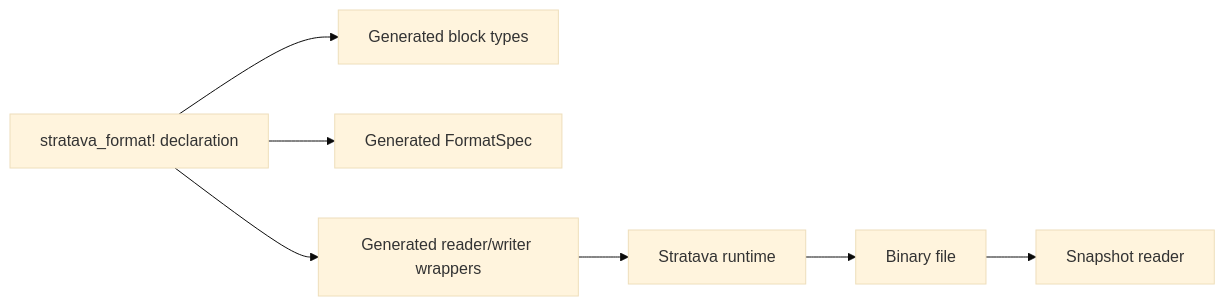
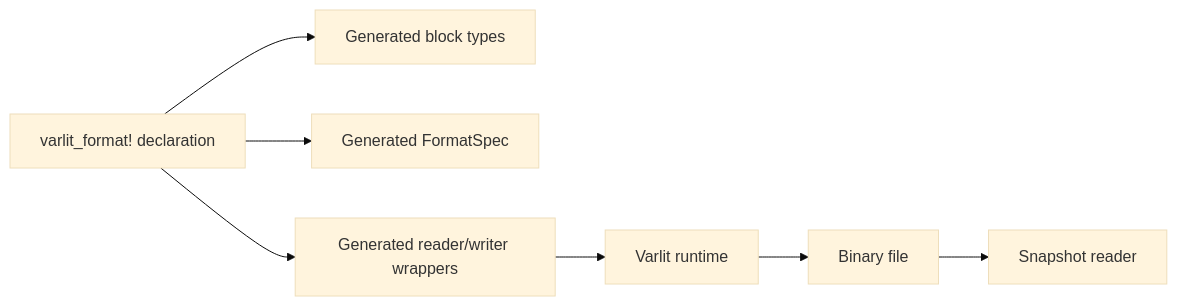
One commit to shim9610/varlit changed the first of 8 diagrams in docs/how-it-works.md. Above: the diagram before and after it, drawn with Mermaid (base theme). The commit also changed other lines of this file and 689 other files, not shown here.

````diff
--- a/docs/how-it-works.md
+++ b/docs/how-it-works.md
@@ -9,9 +9,9 @@
 ```mermaid
 flowchart LR
-    A["stratava_format! declaration"] --> B["Generated block types"]
+    A["varlit_format! declaration"] --> B["Generated block types"]
     A --> C["Generated FormatSpec"]
     A --> D["Generated reader/writer wrappers"]
-    D --> E["Stratava runtime"]
+    D --> E["Varlit runtime"]
     E --> F["Binary file"]
     F --> G["Snapshot reader"]
 ```
````
